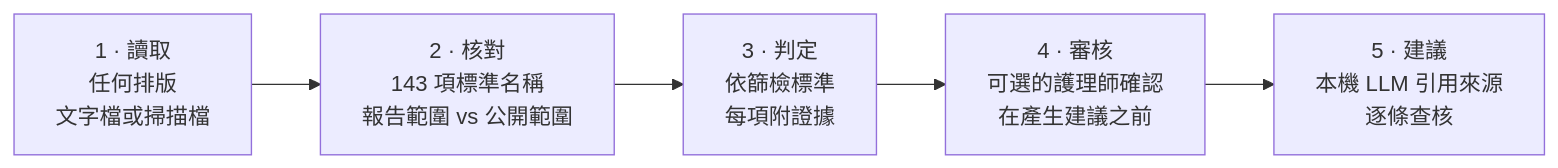
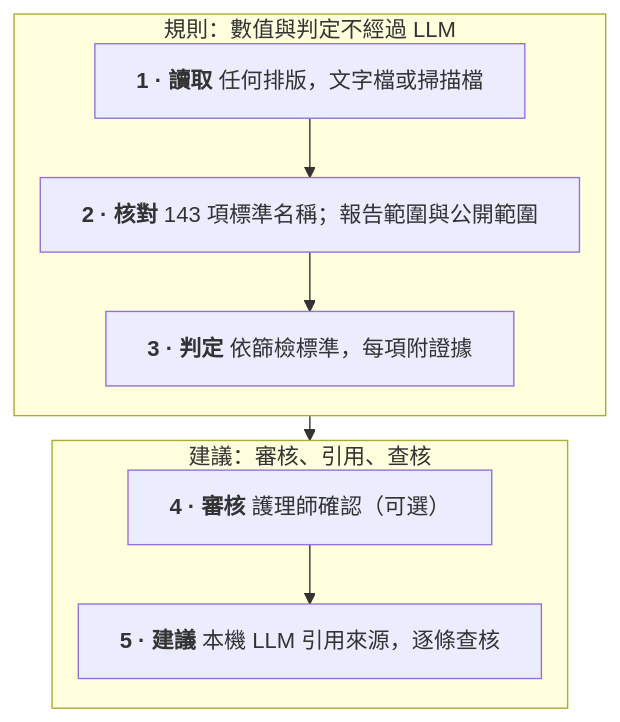
The first of 2 diagrams in README.zh-TW.md (Washyu0826/health-report-reader), drawn with Mermaid before and after one commit. The commit also changed other lines of this file and 1 other file, not shown here.

Commit message:
README: readable flowcharts on GitHub, shorter code lines, top-aligned screens

````diff
--- a/README.zh-TW.md
+++ b/README.zh-TW.md
@@ -19,7 +19,13 @@
 ```mermaid
-flowchart LR
-    A["1 · 讀取<br/>任何排版<br/>文字檔或掃描檔"] --> B["2 · 核對<br/>143 項標準名稱<br/>報告範圍 vs 公開範圍"]
-    B --> C["3 · 判定<br/>依篩檢標準<br/>每項附證據"]
-    C --> D["4 · 審核<br/>可選的護理師確認<br/>在產生建議之前"]
-    D --> E["5 · 建議<br/>本機 LLM 引用來源<br/>逐條查核"]
+%%{init: {"flowchart": {"rankSpacing": 18, "nodeSpacing": 18, "wrappingWidth": 460}}}%%
+flowchart TB
+    subgraph R ["規則：數值與判定不經過 LLM"]
+        direction TB
+        A["<b>1 · 讀取</b> 任何排版，文字檔或掃描檔"] --> B["<b>2 · 核對</b> 143 項標準名稱；報告範圍與公開範圍"] --> C["<b>3 · 判定</b> 依篩檢標準，每項附證據"]
+    end
+    subgraph L ["建議：審核、引用、查核"]
+        direction TB
+        D["<b>4 · 審核</b> 護理師確認（可選）"] --> E["<b>5 · 建議</b> 本機 LLM 引用來源，逐條查核"]
+    end
+    R --> L
 ```
````
